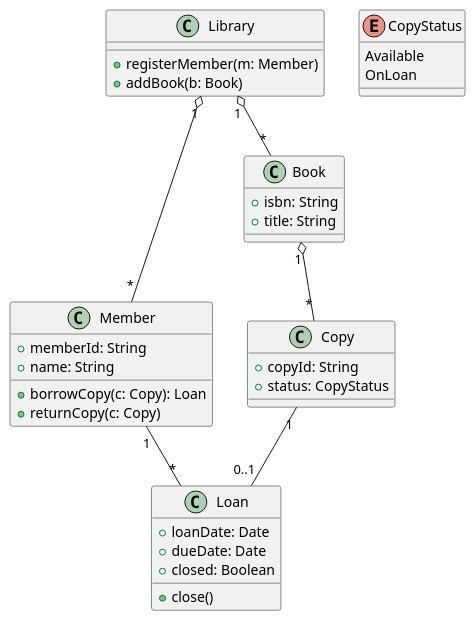
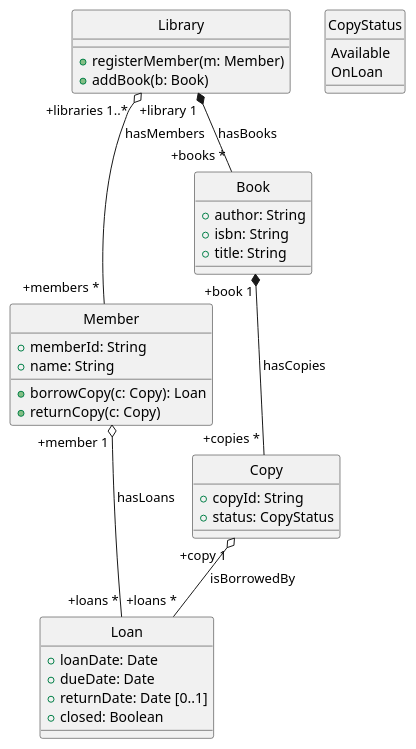
The diagram in library/classical-uml/main.puml (scx-othr/MoProCo-evaluation), drawn with PlantUML before and after one commit. The commit also changed 31 other files, not shown here.

Commit message:
Prepare initial evaluation data for all three case studies (shop, airline, library; classical uml, black box prompt, moproco)

```diff
--- a/library/classical-uml/main.puml
+++ b/library/classical-uml/main.puml
@@ -1,41 +1,44 @@
 @startuml
+hide circle
+
 class Library {
   +registerMember(m: Member)
   +addBook(b: Book)
 }
 
 class Member {
   +memberId: String
   +name: String
   +borrowCopy(c: Copy): Loan
   +returnCopy(c: Copy)
 }
 
 class Book {
+  +author: String
   +isbn: String
   +title: String
 }
 
 class Copy {
   +copyId: String
   +status: CopyStatus
 }
 
 class Loan {
   +loanDate: Date
   +dueDate: Date
+  +returnDate: Date [0..1]
   +closed: Boolean
-  +close()
 }
 
 enum CopyStatus {
   Available
   OnLoan
 }
 
-Library "1" o-- "*" Member
-Library "1" o-- "*" Book
-Book "1" o-- "*" Copy
-Member "1" -- "*" Loan
-Copy "1" -- "0..1" Loan
+Library "+libraries 1..*" o-- "+members *" Member: hasMembers
+Library "+library 1" *-- "+books *" Book: hasBooks
+Book "+book 1" *-- "+copies *" Copy: hasCopies
+Member "+member 1" o-- "+loans *" Loan: hasLoans
+Copy "+copy 1" o-- "+loans *" Loan: isBorrowedBy
 @enduml
```
